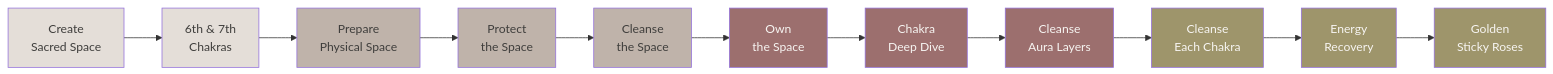
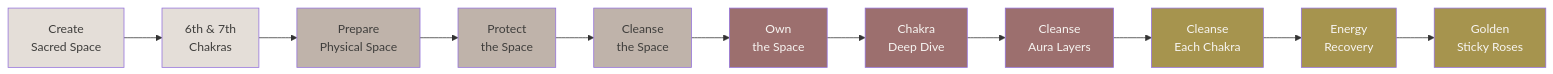
One commit to Light-Brands/roses-os changed diagram 17 of 28 in docs/brand-dna.md. Above: the diagram before and after it, drawn with Mermaid. The commit also changed other lines of this file and 1 other file, not shown here.

````diff
--- a/docs/brand-dna.md
+++ b/docs/brand-dna.md
@@ -943,25 +943,25 @@
 ```mermaid
 graph LR
     A["Create<br/>Sacred Space"] --> B["6th & 7th<br/>Chakras"]
     B --> C["Prepare<br/>Physical Space"]
     C --> D["Protect<br/>the Space"]
     D --> E["Cleanse<br/>the Space"]
     E --> F["Own<br/>the Space"]
     F --> G["Chakra<br/>Deep Dive"]
     G --> H["Cleanse<br/>Aura Layers"]
     H --> I["Cleanse<br/>Each Chakra"]
     I --> J["Energy<br/>Recovery"]
     J --> K["Golden<br/>Sticky Roses"]
 
     style A fill:#E4DED8,color:#3F3E3C
     style B fill:#E4DED8,color:#3F3E3C
     style C fill:#BFB3AA,color:#3F3E3C
     style D fill:#BFB3AA,color:#3F3E3C
     style E fill:#BFB3AA,color:#3F3E3C
     style F fill:#9C6F6E,color:#F7F5F2
     style G fill:#9C6F6E,color:#F7F5F2
     style H fill:#9C6F6E,color:#F7F5F2
-    style I fill:#9E956B,color:#F7F5F2
-    style J fill:#9E956B,color:#F7F5F2
-    style K fill:#9E956B,color:#F7F5F2
+    style I fill:#A6944E,color:#F7F5F2
+    style J fill:#A6944E,color:#F7F5F2
+    style K fill:#A6944E,color:#F7F5F2
 ```
````
